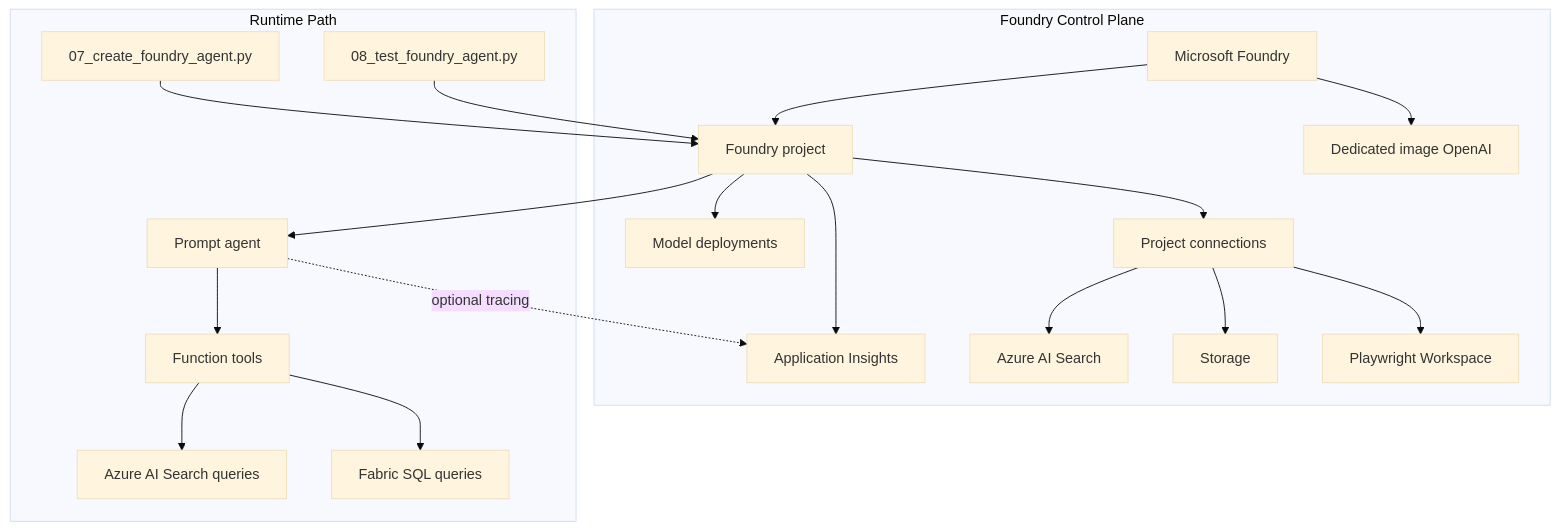
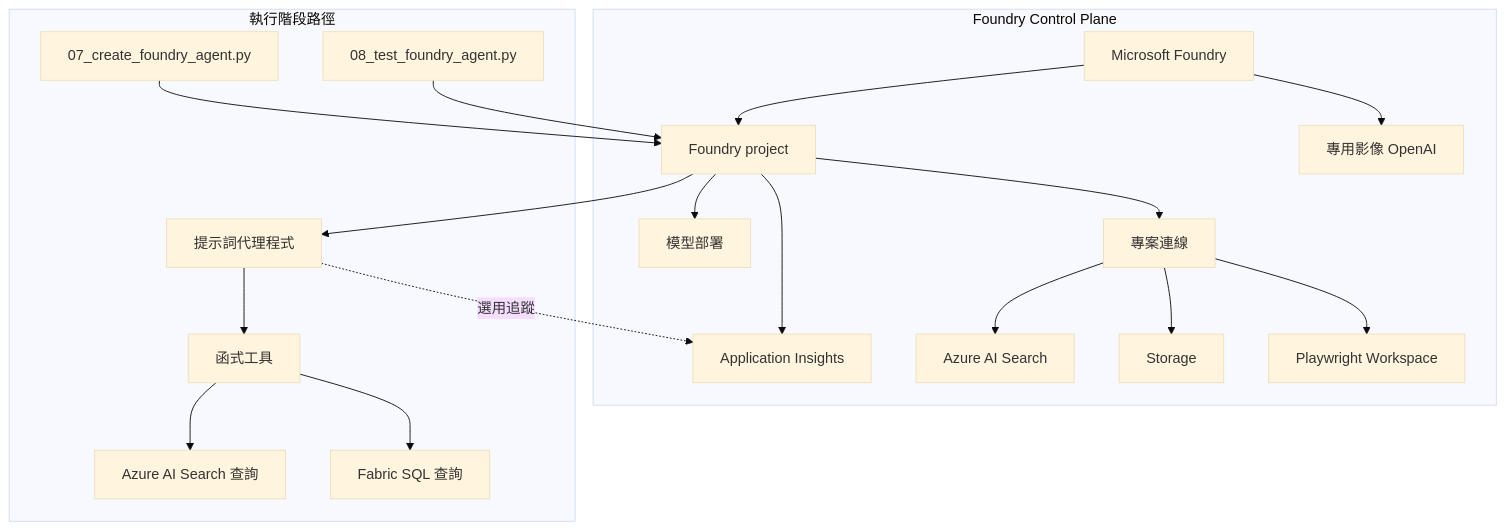
Before and after one commit to payton-chou-ms/e2e-ms-foundry-workshop: the diagram in workshop/docs/03-understand/04-control-plane.md, drawn with Mermaid (base theme). The commit also changed other lines of this file and 43 other files, not shown here.

````diff
--- a/workshop/docs/03-understand/04-control-plane.md
+++ b/workshop/docs/03-understand/04-control-plane.md
@@ -37,40 +37,40 @@
 ```mermaid
 flowchart TB
     subgraph ControlPlane[Foundry Control Plane]
         A[Microsoft Foundry]
         B[Foundry project]
-        C[Model deployments]
-        C2[Dedicated image OpenAI]
-        D[Project connections]
+        C[模型部署]
+        C2[專用影像 OpenAI]
+        D[專案連線]
         E[Application Insights]
         F[Azure AI Search]
         G[Storage]
         N[Playwright Workspace]
     end
 
-    subgraph Runtime[Runtime Path]
+    subgraph Runtime[執行階段路徑]
         H[07_create_foundry_agent.py]
         I[08_test_foundry_agent.py]
-        J[Prompt agent]
-        K[Function tools]
-        L[Azure AI Search queries]
-        M[Fabric SQL queries]
+        J[提示詞代理程式]
+        K[函式工具]
+        L[Azure AI Search 查詢]
+        M[Fabric SQL 查詢]
     end
 
     A --> B
     B --> C
     A --> C2
     B --> D
     B --> E
     D --> F
     D --> G
     D --> N
 
     H --> B
     I --> B
     B --> J
     J --> K
     K --> L
     K --> M
-    J -. optional tracing .-> E
+    J -. 選用追蹤 .-> E
 ```
````
